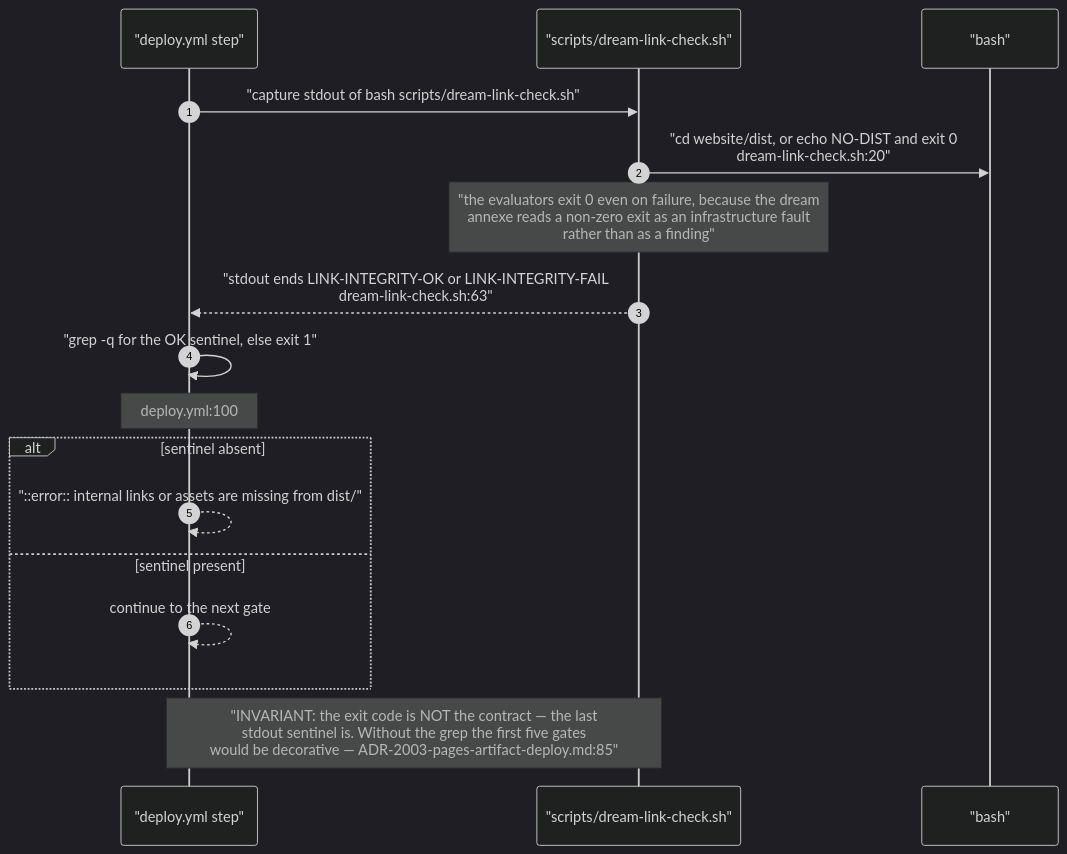
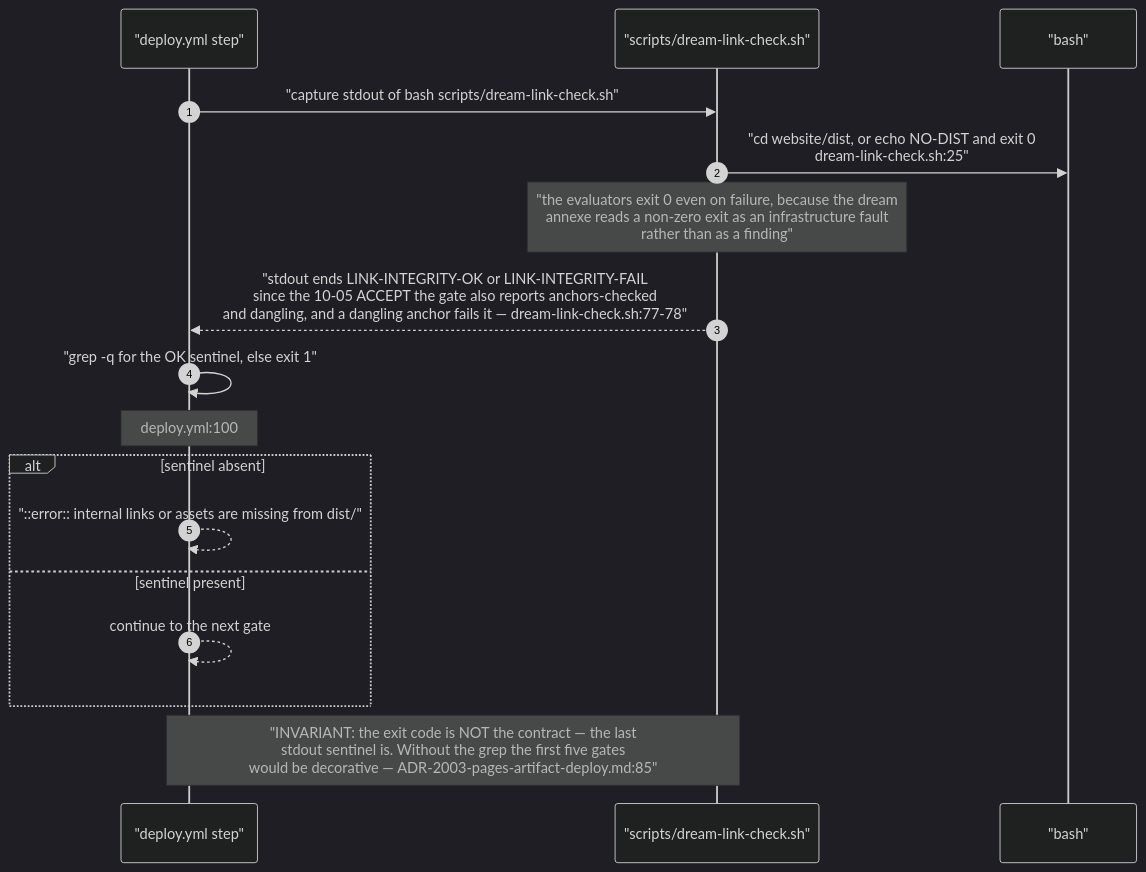
Before and after one commit to DreamLab-AI/VisionFlow: the seventh of 12 diagrams in docs/diagrams/visionflow/02-website-build-and-deploy.md, drawn with Mermaid (dark theme). The commit also changed other lines of this file and 21 other files, not shown here.

Commit message:
docs(diagrams): refresh first verified estate batch

````diff
--- a/docs/diagrams/visionflow/02-website-build-and-deploy.md
+++ b/docs/diagrams/visionflow/02-website-build-and-deploy.md
@@ -223,20 +223,20 @@
 ```mermaid
 sequenceDiagram
     autonumber
     participant W as "deploy.yml step"
     participant S as "scripts/dream-link-check.sh"
     participant SH as "bash"
 
     W->>S: "capture stdout of bash scripts/dream-link-check.sh"
-    S->>SH: "cd website/dist, or echo NO-DIST and exit 0<br/>dream-link-check.sh:20"
+    S->>SH: "cd website/dist, or echo NO-DIST and exit 0<br/>dream-link-check.sh:25"
     Note over S: "the evaluators exit 0 even on failure, because the dream<br/>annexe reads a non-zero exit as an infrastructure fault<br/>rather than as a finding"
-    S-->>W: "stdout ends LINK-INTEGRITY-OK or LINK-INTEGRITY-FAIL<br/>dream-link-check.sh:63"
+    S-->>W: "stdout ends LINK-INTEGRITY-OK or LINK-INTEGRITY-FAIL<br/>since the 10-05 ACCEPT the gate also reports anchors-checked<br/>and dangling, and a dangling anchor fails it — dream-link-check.sh:77-78"
     W->>W: "grep -q for the OK sentinel, else exit 1"
     Note over W: deploy.yml:100
     alt sentinel absent
         W-->>W: "::error:: internal links or assets are missing from dist/"
     else sentinel present
         W-->>W: continue to the next gate
     end
     Note over W,S: "INVARIANT: the exit code is NOT the contract — the last<br/>stdout sentinel is. Without the grep the first five gates<br/>would be decorative — ADR-2003-pages-artifact-deploy.md:85"
 ```
````
